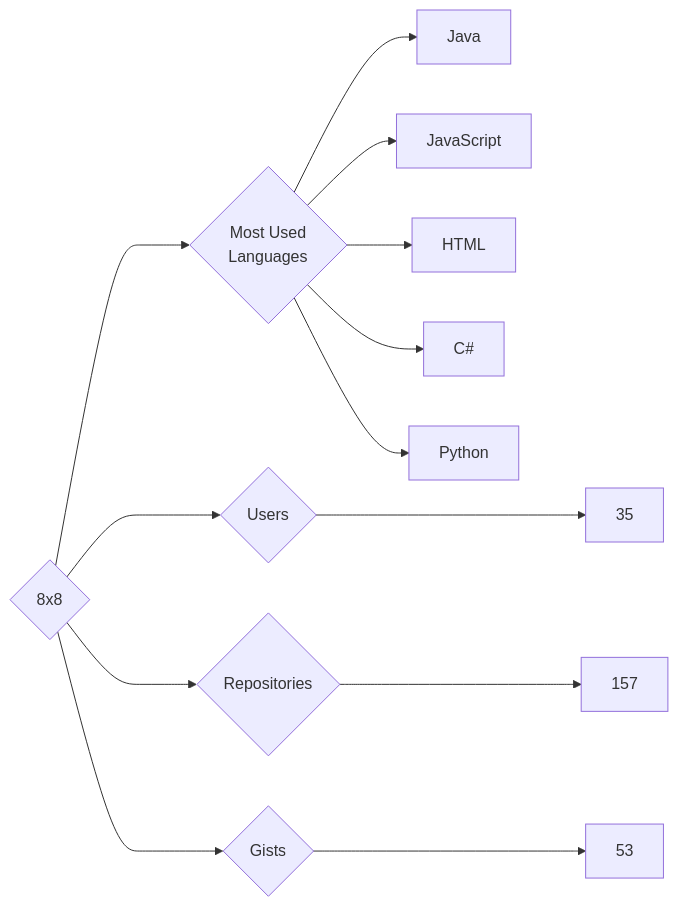
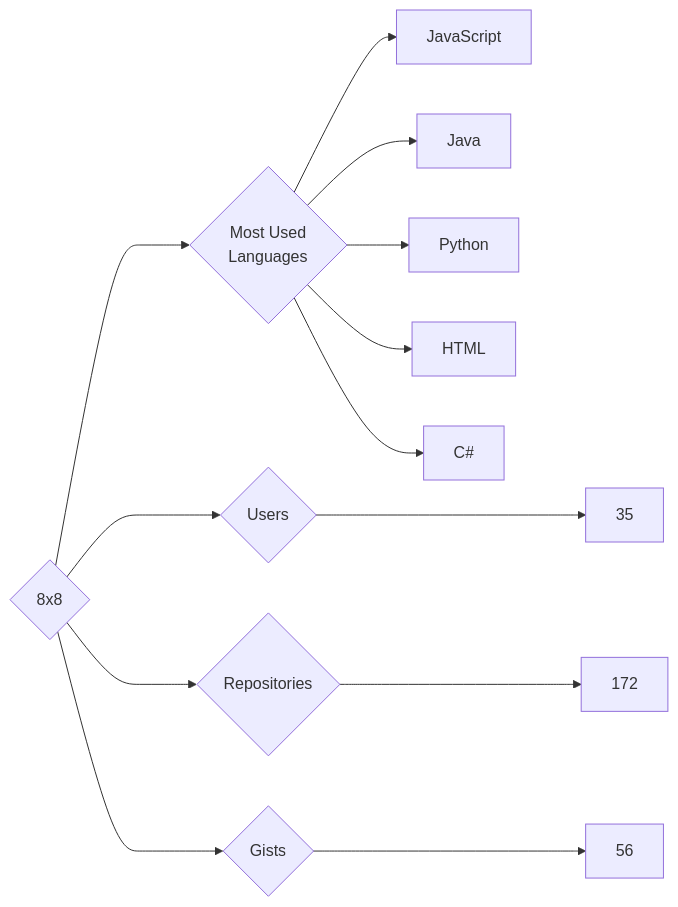
The diagram in targets/8x8/README.md (trickest/insiders), drawn with Mermaid before and after one commit. The commit also changed 748 other files, not shown here.

````diff
--- a/targets/8x8/README.md
+++ b/targets/8x8/README.md
@@ -3,13 +3,13 @@
 ```mermaid
 graph LR
 COMPANY_NAME{8x8}
 COMPANY_NAME ---> U{Users} ---> UN[35]
-COMPANY_NAME ---> R{Repositories} ---> RN[157]
-COMPANY_NAME ---> G{Gists} ---> GN[53]
+COMPANY_NAME ---> R{Repositories} ---> RN[172]
+COMPANY_NAME ---> G{Gists} ---> GN[56]
 COMPANY_NAME ---> ML{Most Used<br>Languages}
+ML --> JavaScript[JavaScript]
 ML --> Java[Java]
-ML --> JavaScript[JavaScript]
+ML --> Python[Python]
 ML --> HTML[HTML]
 ML --> C#[C#]
-ML --> Python[Python]
 ```
````
